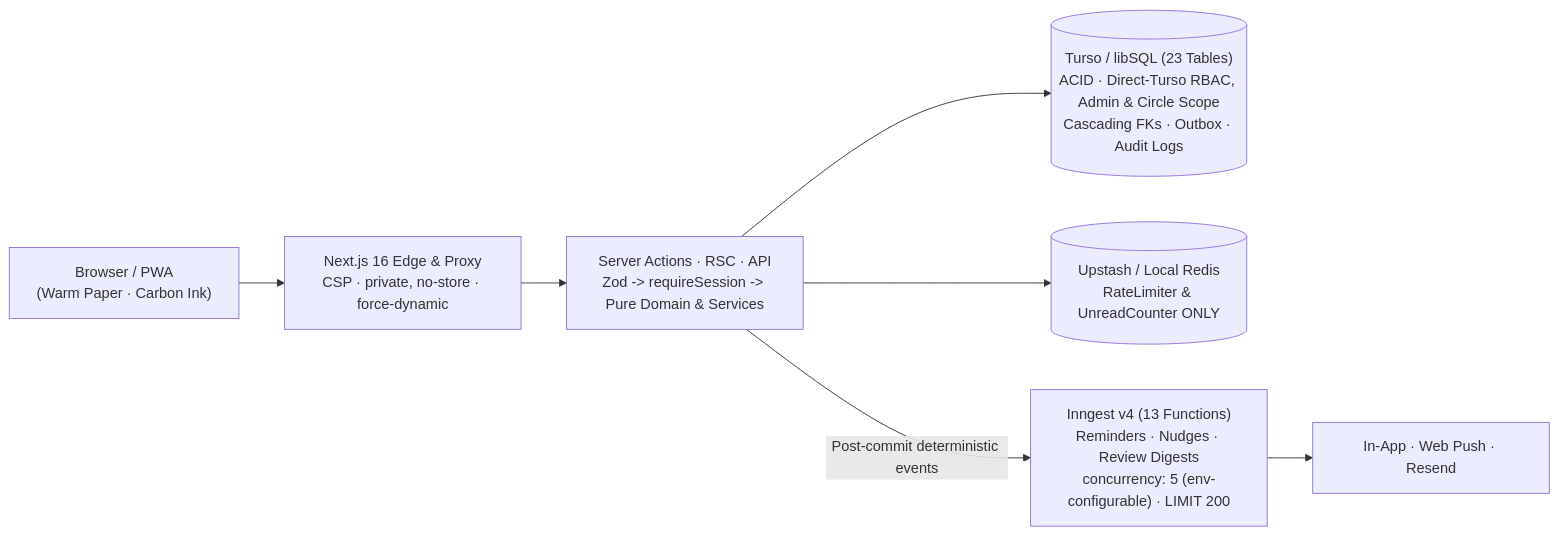
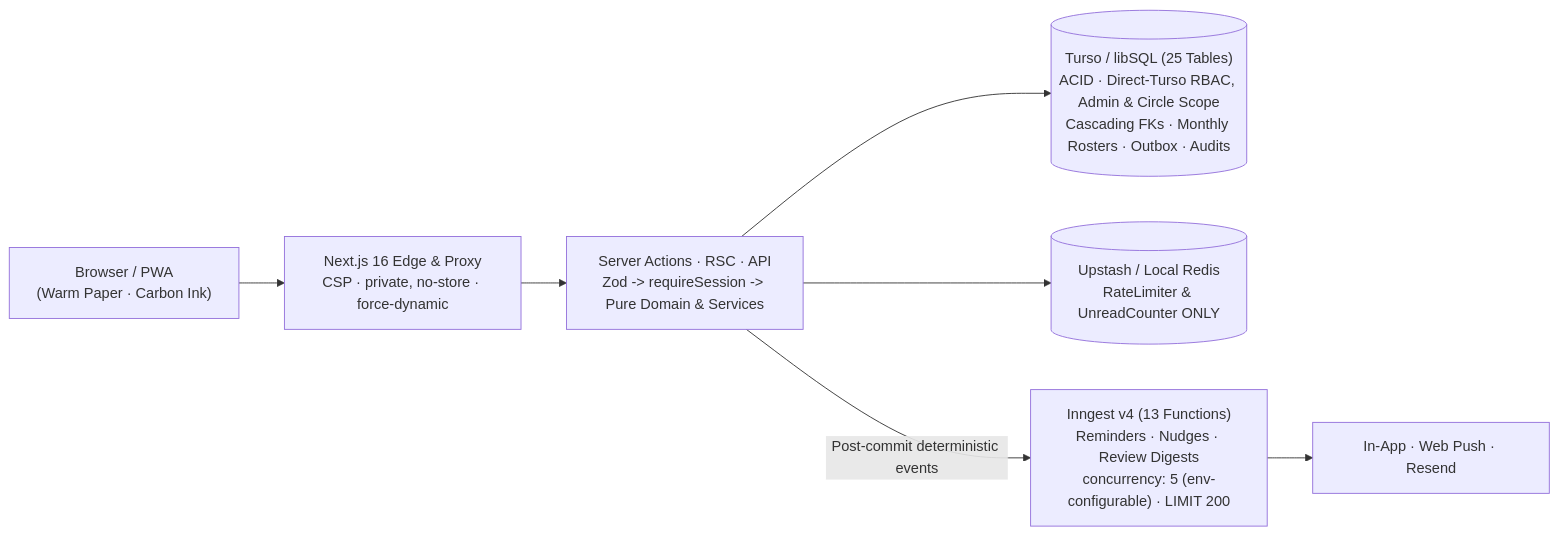
The diagram in README.md (Marvin-MM/folio_tracker), drawn with Mermaid before and after one commit. The commit also changed other lines of this file and 28 other files, not shown here.

````diff
--- a/README.md
+++ b/README.md
@@ -44,9 +44,9 @@
 ```mermaid
 flowchart LR
   Browser["Browser / PWA\n(Warm Paper · Carbon Ink)"] --> Edge["Next.js 16 Edge & Proxy\nCSP · private, no-store · force-dynamic"]
   Edge --> Core["Server Actions · RSC · API\nZod -> requireSession -> Pure Domain & Services"]
-  Core --> Turso[("Turso / libSQL (23 Tables)\nACID · Direct-Turso RBAC, Admin & Circle Scope\nCascading FKs · Outbox · Audit Logs")]
+  Core --> Turso[("Turso / libSQL (25 Tables)\nACID · Direct-Turso RBAC, Admin & Circle Scope\nCascading FKs · Monthly Rosters · Outbox · Audits")]
   Core --> Redis[("Upstash / Local Redis\nRateLimiter & UnreadCounter ONLY")]
   Core -->|"Post-commit deterministic events"| Inngest["Inngest v4 (13 Functions)\nReminders · Nudges · Review Digests\nconcurrency: 5 (env-configurable) · LIMIT 200"]
   Inngest --> Channels["In-App · Web Push · Resend"]
 ```
````
